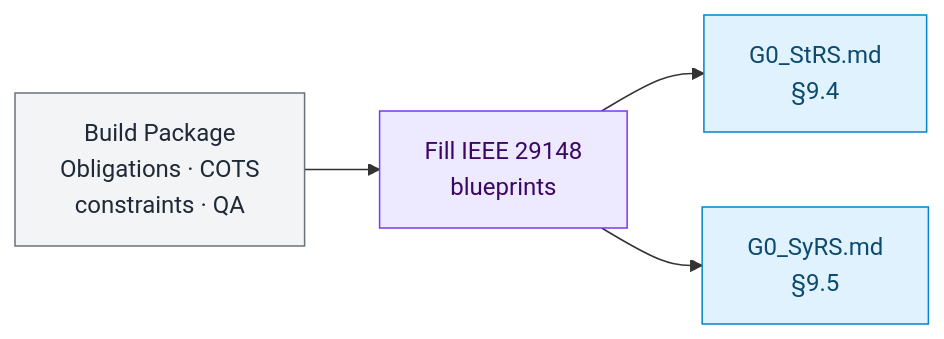
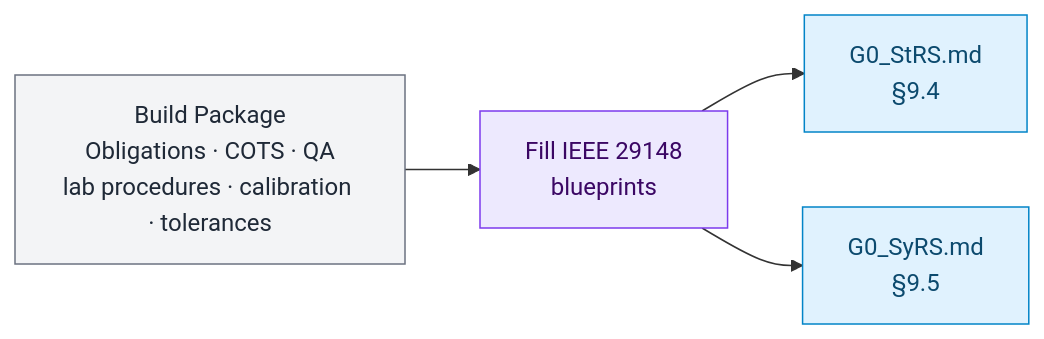
Before and after one commit to dramirezbe/codeanvil-gcpds: the third of 11 diagrams in methodology/V-SIL-v3/V-SIL_v3.md, drawn with Mermaid. The commit also changed other lines of this file and 3 other files, not shown here.

````diff
--- a/methodology/V-SIL-v3/V-SIL_v3.md
+++ b/methodology/V-SIL-v3/V-SIL_v3.md
@@ -98,15 +98,15 @@
 ```mermaid
 flowchart LR
     classDef input fill:#f3f4f6,stroke:#6b7280,color:#1f2937
     classDef process fill:#ede9fe,stroke:#7c3aed,color:#3b0764
     classDef output fill:#e0f2fe,stroke:#0284c7,color:#0c4a6e
 
-    BP["Build Package<br/>Obligations · COTS<br/>constraints · QA"]:::input
+    BP["Build Package<br/>Obligations · COTS · QA<br/>lab procedures · calibration · tolerances"]:::input
     FILL["Fill IEEE 29148<br/>blueprints"]:::process
     StRS["G0_StRS.md<br/>§9.4"]:::output
     SyRS["G0_SyRS.md<br/>§9.5"]:::output
 
     BP --> FILL
     FILL --> StRS
     FILL --> SyRS
 ```
````
